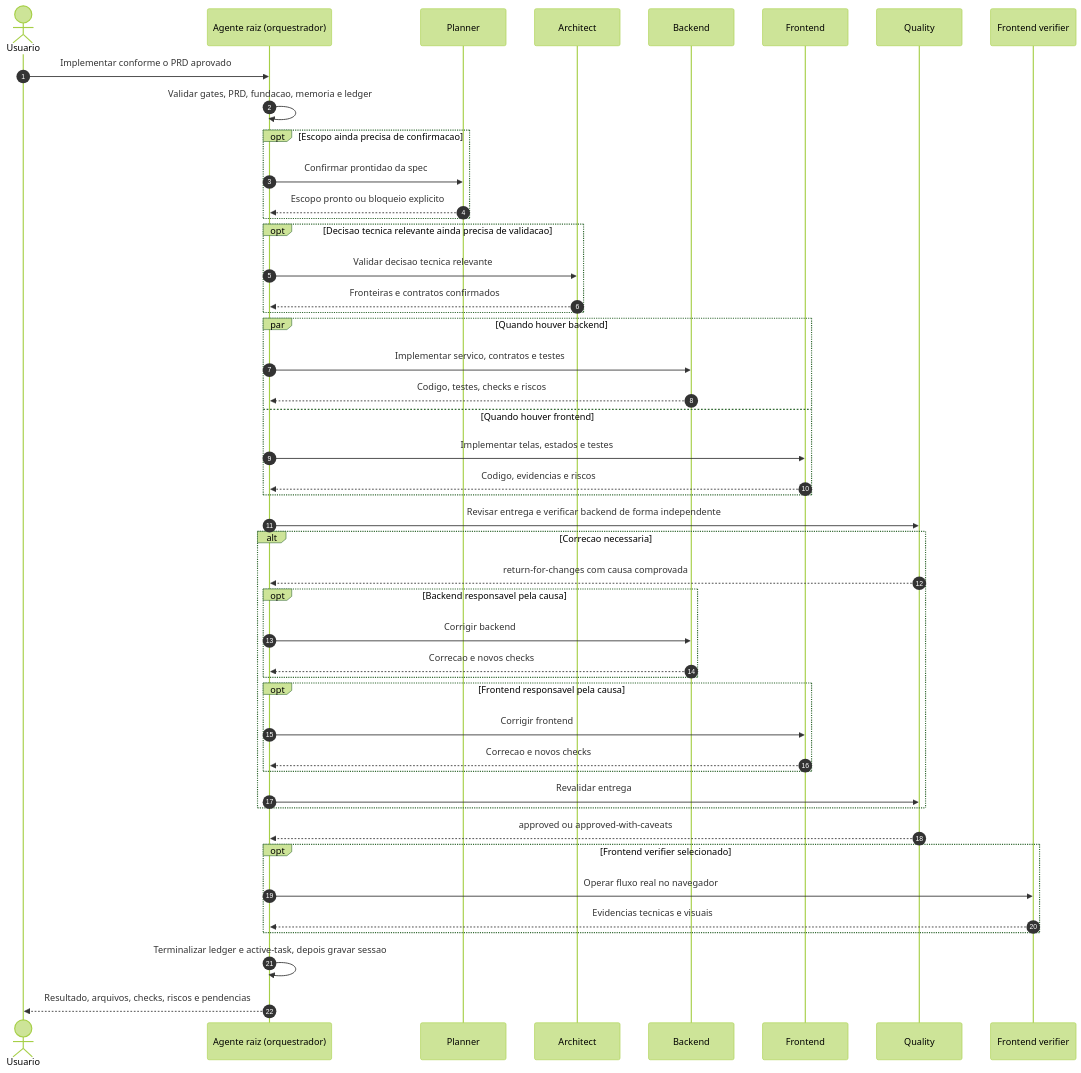
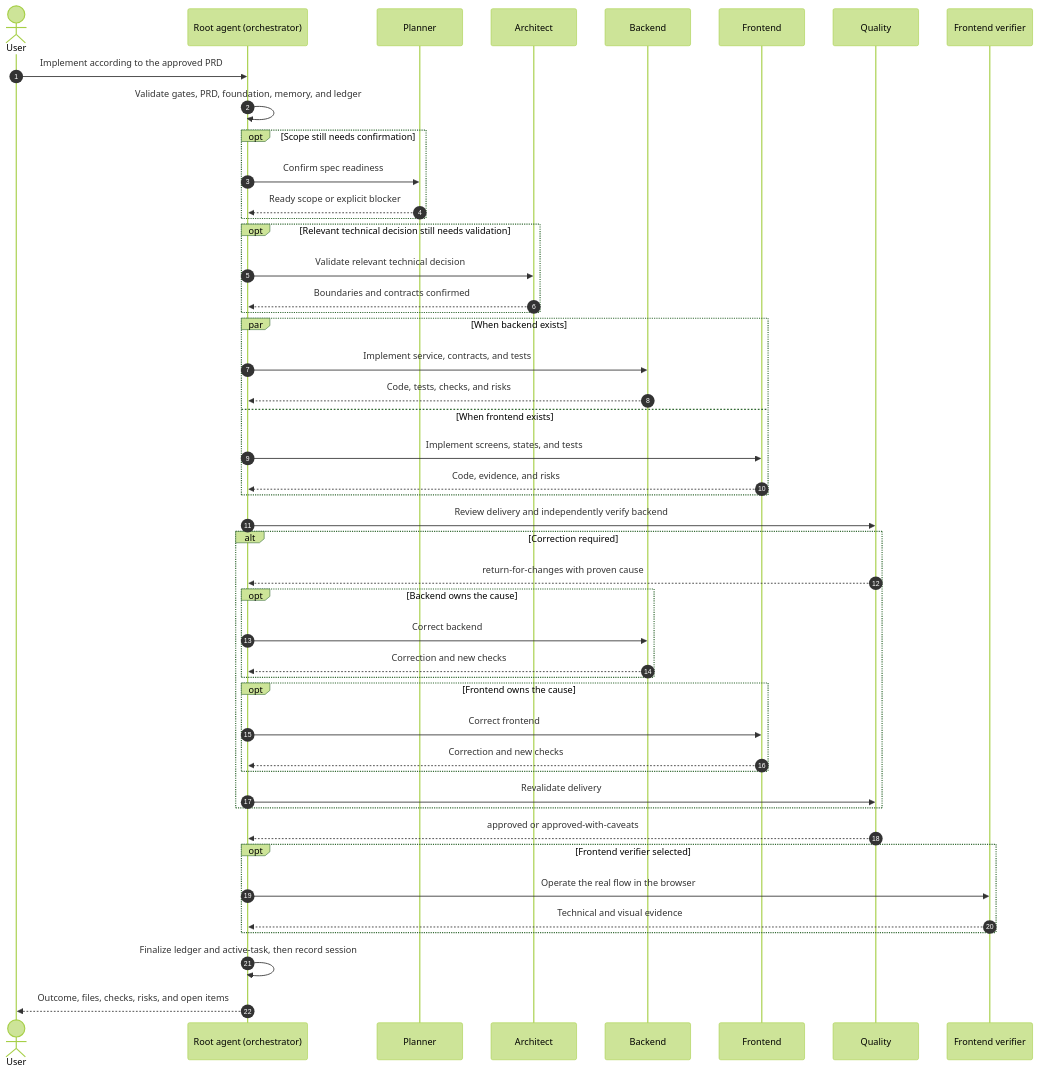
Before and after one commit to grimmhud/initial-dev-harness: the third of 3 diagrams in README.md, drawn with Mermaid (forest theme). The commit also changed other lines of this file and 1 other file, not shown here.

````diff
--- a/README.md
+++ b/README.md
@@ -224,50 +274,50 @@
 ```mermaid
 sequenceDiagram
     autonumber
-    actor U as Usuario
-    participant O as Agente raiz (orquestrador)
+    actor U as User
+    participant O as Root agent (orchestrator)
     participant PL as Planner
     participant A as Architect
     participant B as Backend
     participant F as Frontend
     participant Q as Quality
     participant FV as Frontend verifier
 
-    U->>O: Implementar conforme o PRD aprovado
-    O->>O: Validar gates, PRD, fundacao, memoria e ledger
-    opt Escopo ainda precisa de confirmacao
-        O->>PL: Confirmar prontidao da spec
-        PL-->>O: Escopo pronto ou bloqueio explicito
+    U->>O: Implement according to the approved PRD
+    O->>O: Validate gates, PRD, foundation, memory, and ledger
+    opt Scope still needs confirmation
+        O->>PL: Confirm spec readiness
+        PL-->>O: Ready scope or explicit blocker
     end
-    opt Decisao tecnica relevante ainda precisa de validacao
-        O->>A: Validar decisao tecnica relevante
-        A-->>O: Fronteiras e contratos confirmados
+    opt Relevant technical decision still needs validation
+        O->>A: Validate relevant technical decision
+        A-->>O: Boundaries and contracts confirmed
     end
-    par Quando houver backend
-        O->>B: Implementar servico, contratos e testes
-        B-->>O: Codigo, testes, checks e riscos
-    and Quando houver frontend
-        O->>F: Implementar telas, estados e testes
-        F-->>O: Codigo, evidencias e riscos
+    par When backend exists
+        O->>B: Implement service, contracts, and tests
+        B-->>O: Code, tests, checks, and risks
+    and When frontend exists
+        O->>F: Implement screens, states, and tests
+        F-->>O: Code, evidence, and risks
     end
-    O->>Q: Revisar entrega e verificar backend de forma independente
-    alt Correcao necessaria
-        Q-->>O: return-for-changes com causa comprovada
-        opt Backend responsavel pela causa
-            O->>B: Corrigir backend
-            B-->>O: Correcao e novos checks
+    O->>Q: Review delivery and independently verify backend
+    alt Correction required
+        Q-->>O: return-for-changes with proven cause
+        opt Backend owns the cause
+            O->>B: Correct backend
+            B-->>O: Correction and new checks
         end
-        opt Frontend responsavel pela causa
-            O->>F: Corrigir frontend
-            F-->>O: Correcao e novos checks
+        opt Frontend owns the cause
+            O->>F: Correct frontend
+            F-->>O: Correction and new checks
         end
-        O->>Q: Revalidar entrega
+        O->>Q: Revalidate delivery
     end
-    Q-->>O: approved ou approved-with-caveats
-    opt Frontend verifier selecionado
-        O->>FV: Operar fluxo real no navegador
-        FV-->>O: Evidencias tecnicas e visuais
+    Q-->>O: approved or approved-with-caveats
+    opt Frontend verifier selected
+        O->>FV: Operate the real flow in the browser
+        FV-->>O: Technical and visual evidence
     end
-    O->>O: Terminalizar ledger e active-task, depois gravar sessao
-    O-->>U: Resultado, arquivos, checks, riscos e pendencias
+    O->>O: Finalize ledger and active-task, then record session
+    O-->>U: Outcome, files, checks, risks, and open items
 ```
````
